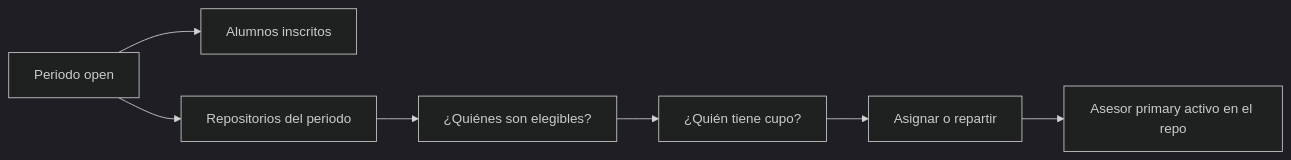
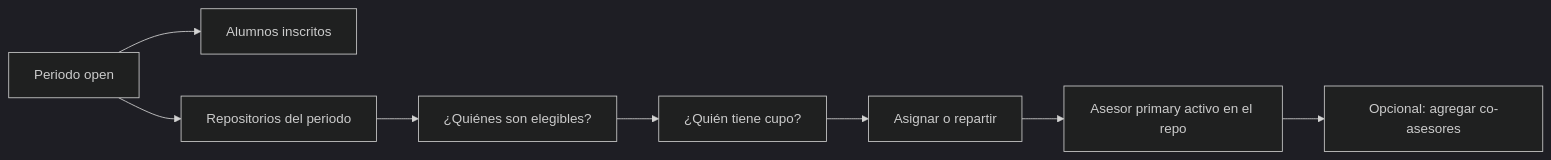
One commit to jose-M2020/repositorio-UTCGG changed the first of 2 diagrams in docs/flows/academic-advisor-assignment.md. Above: the diagram before and after it, drawn with Mermaid (dark theme). The commit also changed 18 other files, not shown here.

````diff
--- a/docs/flows/academic-advisor-assignment.md
+++ b/docs/flows/academic-advisor-assignment.md
@@ -6,9 +6,10 @@
 ```mermaid
 flowchart LR
   P[Periodo open] --> I[Alumnos inscritos]
   P --> R[Repositorios del periodo]
   R --> E[¿Quiénes son elegibles?]
   E --> C[¿Quién tiene cupo?]
   C --> A[Asignar o repartir]
   A --> L[Asesor primary activo en el repo]
+  L --> C2[Opcional: agregar co-asesores]
 ```
````
